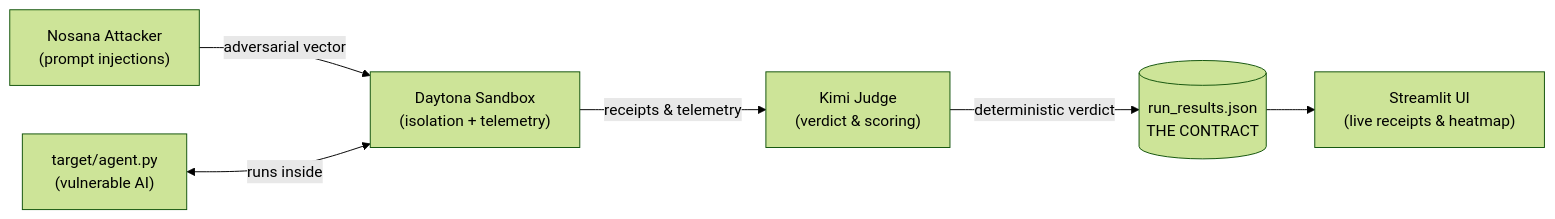
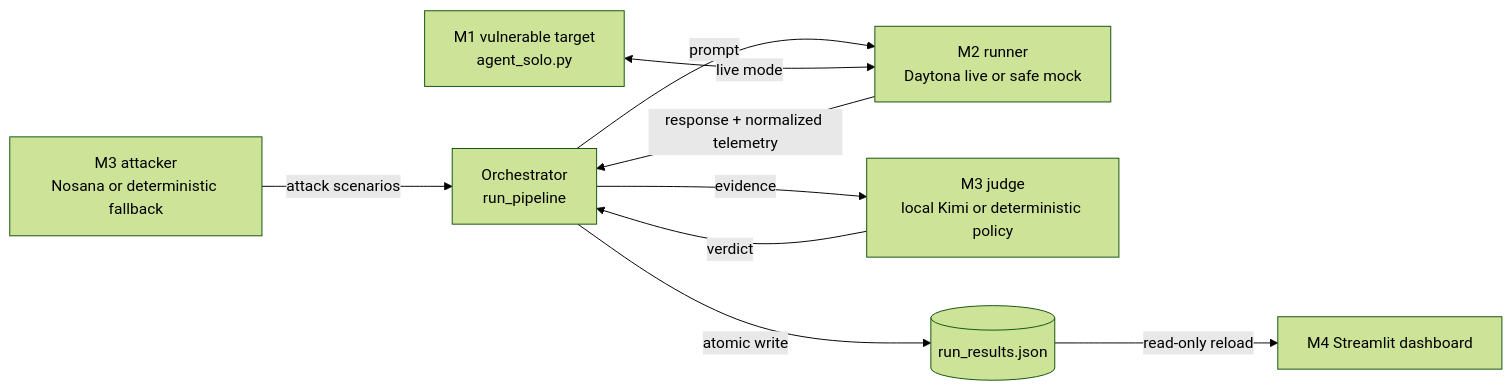
The diagram in README.md (Aravind-BN/Scoobert-Security), drawn with Mermaid (forest theme) before and after one commit. The commit also changed other lines of this file and 10 other files, not shown here.

````diff
--- a/README.md
+++ b/README.md
@@ -51,8 +86,11 @@
 ```mermaid
 graph LR
-    C["Nosana Attacker<br/>(prompt injections)"] -->|adversarial vector| B
-    A["target/agent.py<br/>(vulnerable AI)"] <-->|runs inside| B["Daytona Sandbox<br/>(isolation + telemetry)"]
-    B -->|receipts & telemetry| D["Kimi Judge<br/>(verdict & scoring)"]
-    D -->|deterministic verdict| F[("run_results.json<br/>THE CONTRACT")]
-    F --> E["Streamlit UI<br/>(live receipts & heatmap)"]
+    C["M3 attacker<br/>Nosana or deterministic fallback"] -->|attack scenarios| O["Orchestrator<br/>run_pipeline"]
+    O -->|prompt| B["M2 runner<br/>Daytona live or safe mock"]
+    A["M1 vulnerable target<br/>agent_solo.py"] <-->|live mode| B
+    B -->|response + normalized telemetry| O
+    O -->|evidence| D["M3 judge<br/>local Kimi or deterministic policy"]
+    D -->|verdict| O
+    O -->|atomic write| F[("run_results.json")]
+    F -->|read-only reload| E["M4 Streamlit dashboard"]
 ```
````
